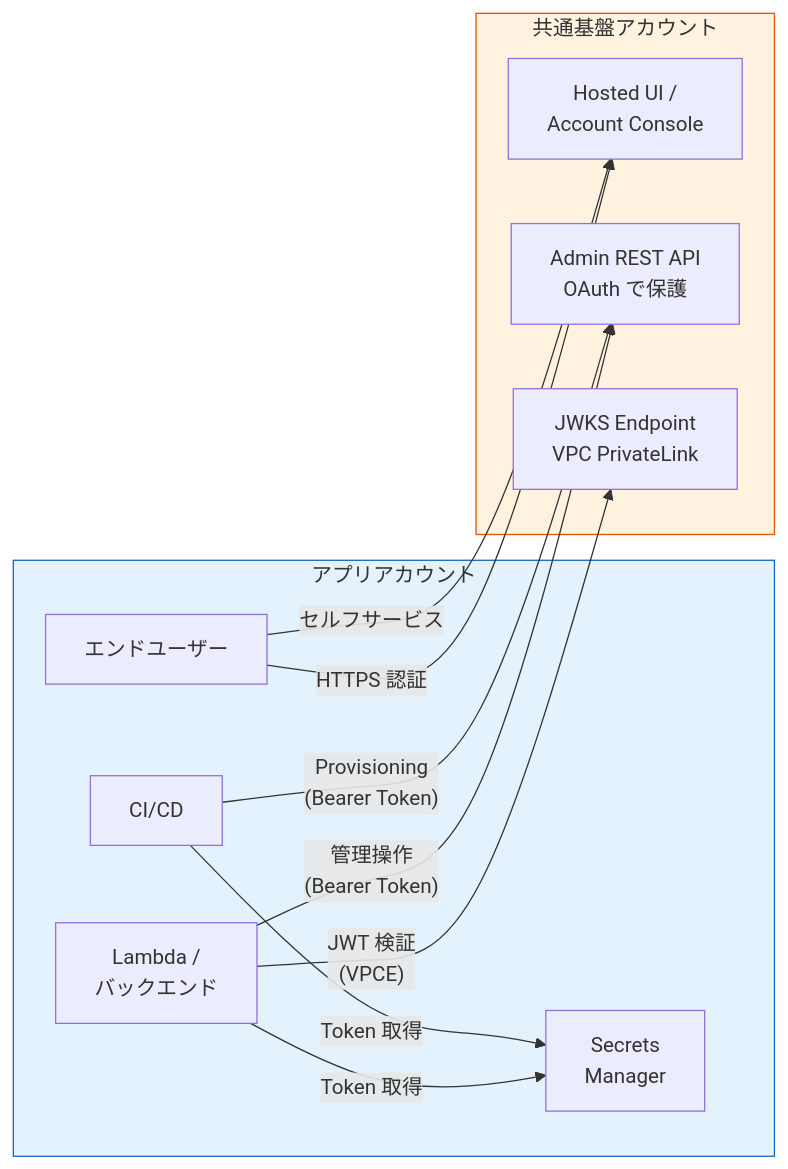
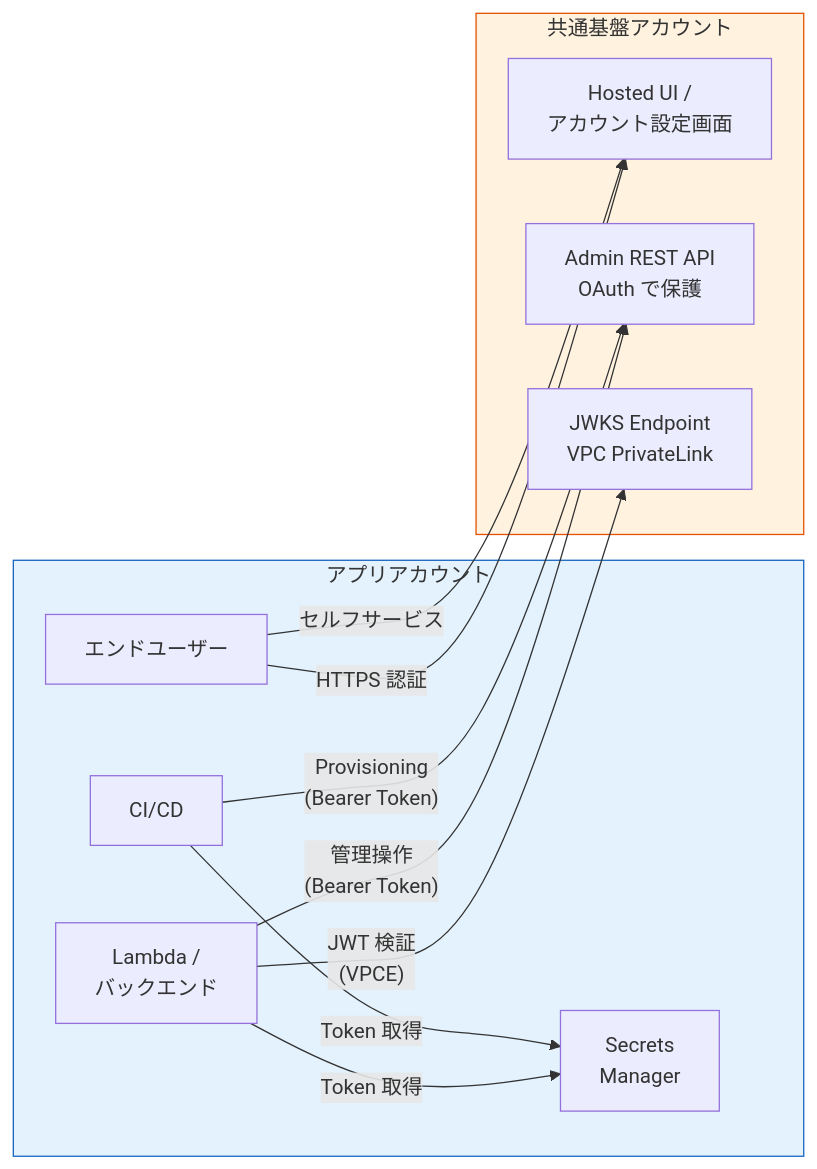
Before and after one commit to suepie/aws-atuh-poc: the second of 2 diagrams in doc/requirements/proposal/nfr/04-security.md, drawn with Mermaid. The commit also changed other lines of this file and 53 other files, not shown here.

````diff
--- a/doc/requirements/proposal/nfr/04-security.md
+++ b/doc/requirements/proposal/nfr/04-security.md
@@ -559,26 +559,26 @@
 ```mermaid
 flowchart LR
     subgraph App["アプリアカウント"]
         AppEnd[エンドユーザー]
         AppLambda[Lambda /<br/>バックエンド]
         AppSM[Secrets<br/>Manager]
         AppCI[CI/CD]
     end
 
     subgraph Auth["共通基盤アカウント"]
-        AuthHosted[Hosted UI /<br/>Account Console]
+        AuthHosted[Hosted UI /<br/>アカウント設定画面]
         AuthAdmin[Admin REST API<br/>OAuth で保護]
         AuthJWKS[JWKS Endpoint<br/>VPC PrivateLink]
     end
 
     AppEnd -->|HTTPS 認証| AuthHosted
     AppEnd -->|セルフサービス| AuthHosted
     AppLambda -->|Token 取得| AppSM
     AppLambda -->|"JWT 検証<br/>(VPCE)"| AuthJWKS
     AppLambda -->|"管理操作<br/>(Bearer Token)"| AuthAdmin
     AppCI -->|Token 取得| AppSM
     AppCI -->|"Provisioning<br/>(Bearer Token)"| AuthAdmin
 
     style Auth fill:#fff3e0,stroke:#e65100
     style App fill:#e3f2fd,stroke:#1565c0
 ```
````
